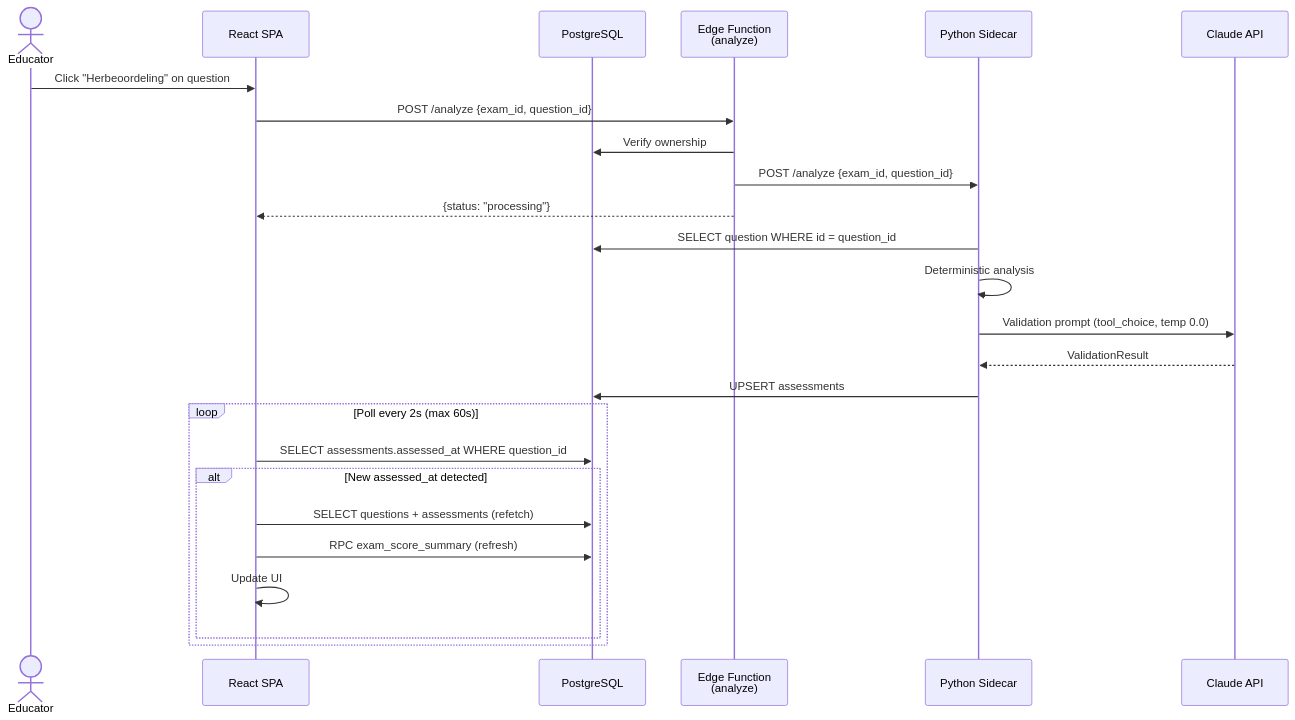
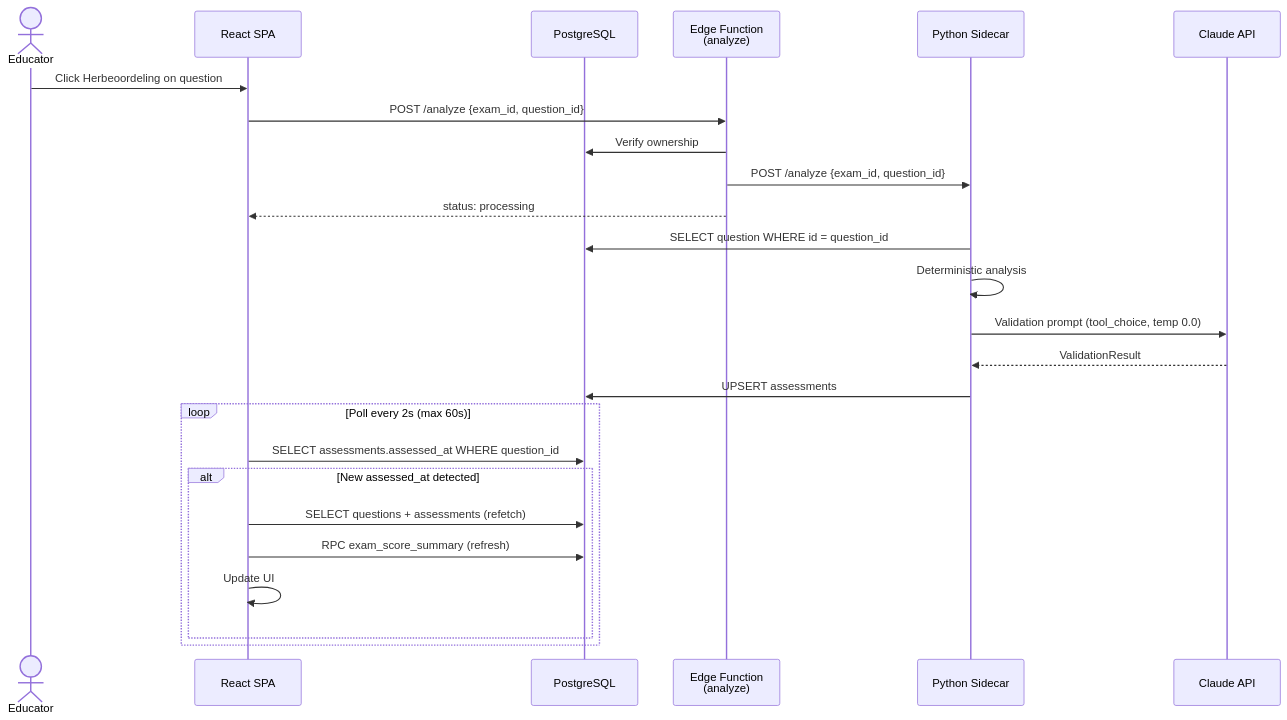
Before and after one commit to businessdatasolutions/mc-toetsgenerator: the second of 9 diagrams in memory/sequence-activity-diagrams.md, drawn with Mermaid. The commit also changed other lines of this file, not shown here.

Commit message:
fix: remove special characters breaking Mermaid rendering on GitHub

````diff
--- a/memory/sequence-activity-diagrams.md
+++ b/memory/sequence-activity-diagrams.md
@@ -81,30 +81,30 @@
 ```mermaid
 sequenceDiagram
     actor Educator
     participant SPA as React SPA
     participant DB as PostgreSQL
     participant Edge as Edge Function<br/>(analyze)
     participant Sidecar as Python Sidecar
     participant Claude as Claude API
 
-    Educator->>SPA: Click "Herbeoordeling" on question
+    Educator->>SPA: Click Herbeoordeling on question
     SPA->>Edge: POST /analyze {exam_id, question_id}
     Edge->>DB: Verify ownership
     Edge->>Sidecar: POST /analyze {exam_id, question_id}
-    Edge-->>SPA: {status: "processing"}
+    Edge-->>SPA: status: processing
 
     Sidecar->>DB: SELECT question WHERE id = question_id
     Sidecar->>Sidecar: Deterministic analysis
     Sidecar->>Claude: Validation prompt (tool_choice, temp 0.0)
     Claude-->>Sidecar: ValidationResult
     Sidecar->>DB: UPSERT assessments
 
     loop Poll every 2s (max 60s)
         SPA->>DB: SELECT assessments.assessed_at WHERE question_id
         alt New assessed_at detected
             SPA->>DB: SELECT questions + assessments (refetch)
             SPA->>DB: RPC exam_score_summary (refresh)
             SPA->>SPA: Update UI
         end
     end
 ```
````
